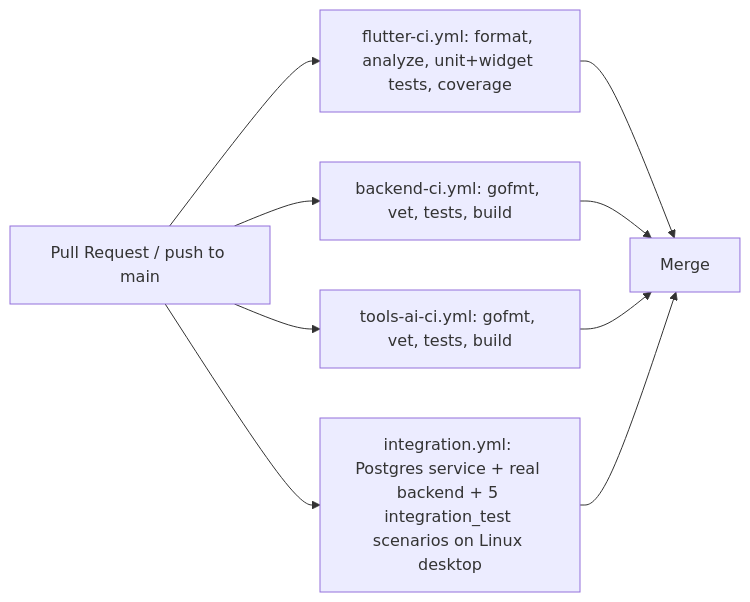
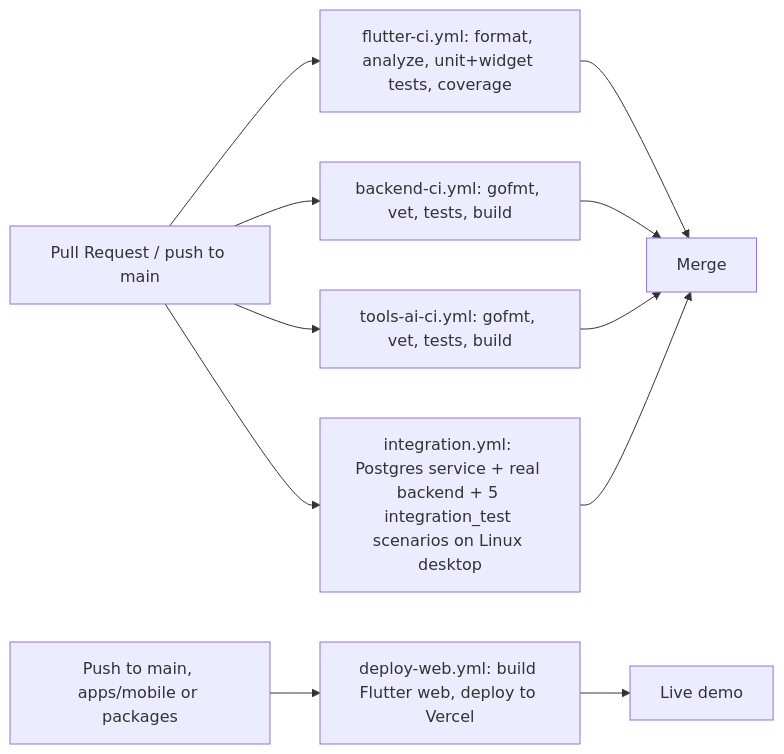
One commit to damilare-d/roam_pulse changed the seventh of 7 diagrams in docs/ARCHITECTURE.md. Above: the diagram before and after it, drawn with Mermaid. The commit also changed other lines of this file and 2 other files, not shown here.

Commit message:
docs: account for deploy-web.yml in workflow counts and diagrams

````diff
--- a/docs/ARCHITECTURE.md
+++ b/docs/ARCHITECTURE.md
@@ -300,11 +302,13 @@
 ```mermaid
 flowchart LR
     PR[Pull Request / push to main] --> FlutterCI[flutter-ci.yml: format, analyze, unit+widget tests, coverage]
     PR --> BackendCI[backend-ci.yml: gofmt, vet, tests, build]
     PR --> ToolsAiCI[tools-ai-ci.yml: gofmt, vet, tests, build]
     PR --> IntegrationCI[integration.yml: Postgres service + real backend + 5 integration_test scenarios on Linux desktop]
+    Push[Push to main, apps/mobile or packages] --> DeployWeb[deploy-web.yml: build Flutter web, deploy to Vercel]
     FlutterCI --> Merge
     BackendCI --> Merge
     ToolsAiCI --> Merge
     IntegrationCI --> Merge
+    DeployWeb --> Live[Live demo]
 ```
````
